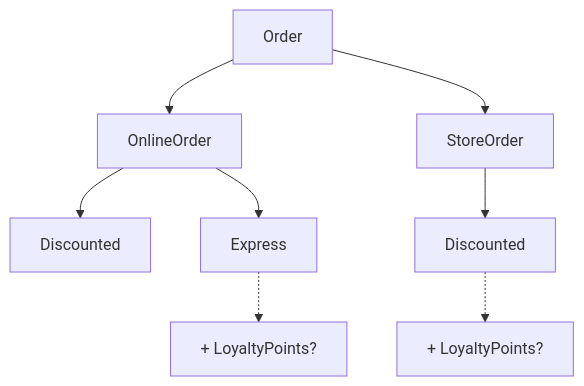
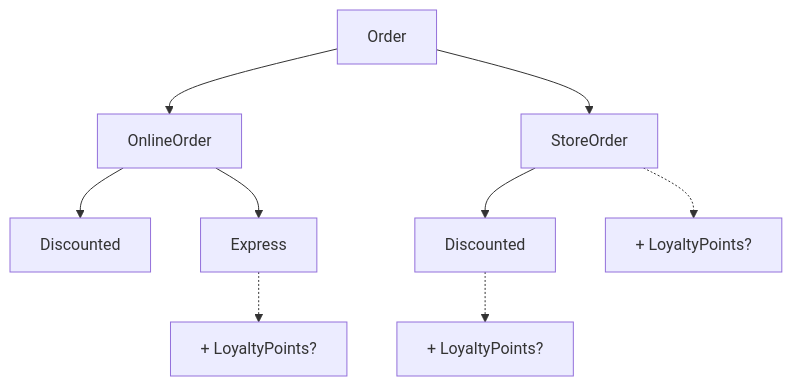
The fourth of 5 diagrams in slides.md (JohannesKlauss/functional-domain-modeling), drawn with Mermaid before and after one commit. The commit also changed other lines of this file, not shown here.

````diff
--- a/slides.md
+++ b/slides.md
@@ -95,9 +95,10 @@
 ```mermaid
 flowchart TB
   Order --> OnlineOrder & StoreOrder
   OnlineOrder --> OnlineDiscount[Discounted] & OnlineExpress[Express]
   StoreOrder --> StoreDiscount[Discounted]
   OnlineDiscount
   OnlineExpress -.-> Loyalty1[+ LoyaltyPoints?]
-  StoreDiscount -.-> Loyalty3[+ LoyaltyPoints?]
+  StoreDiscount -.-> Loyalty2[+ LoyaltyPoints?]
+  StoreOrder -.-> Loyalty3[+ LoyaltyPoints?]
 ```
````
